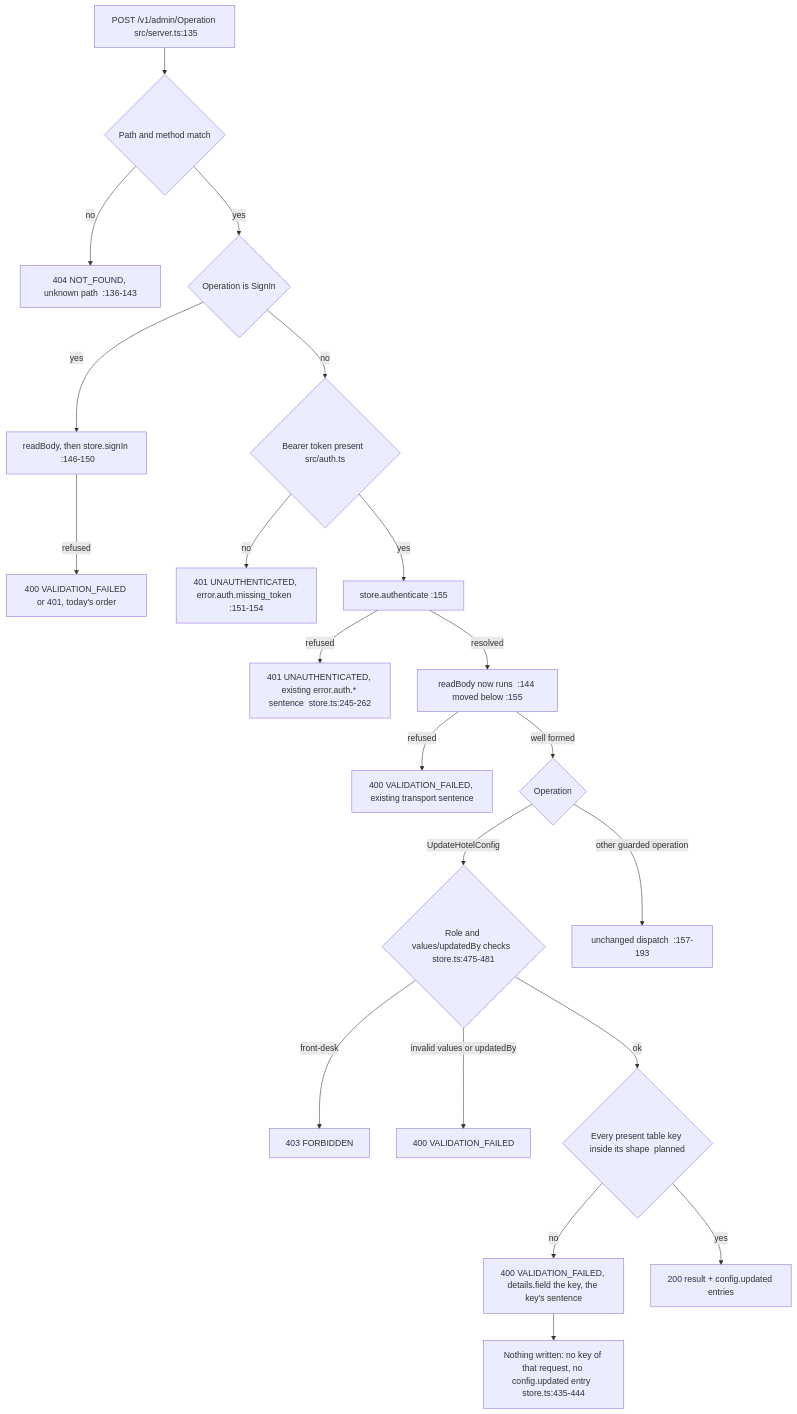
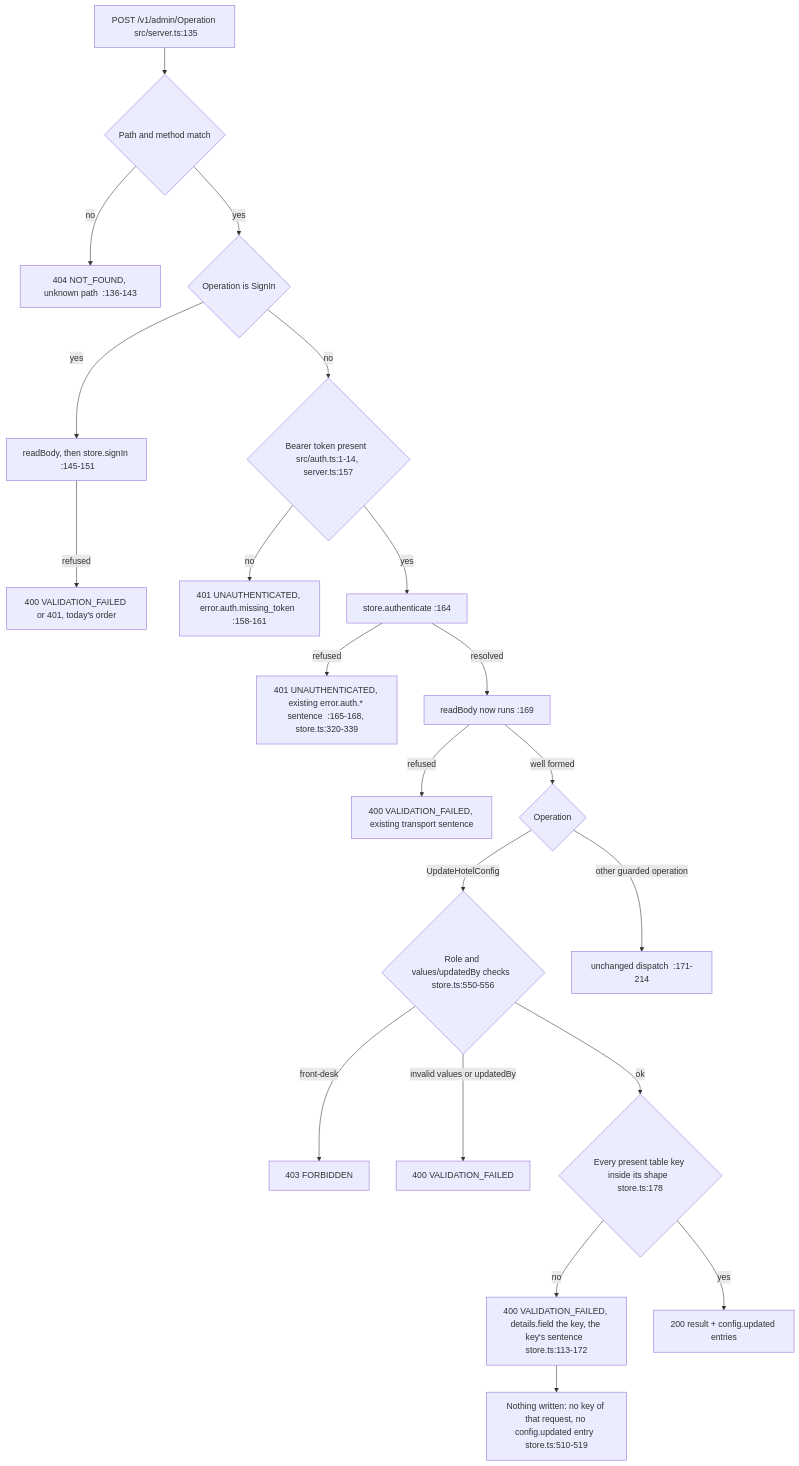
One commit to MingChen1501/hotel-mgmt changed the third of 3 diagrams in docs/architecture/services/admin.md. Above: the diagram before and after it, drawn with Mermaid. The commit also changed other lines of this file and 21 other files, not shown here.

First line of the commit message:
fix(admin): Authenticate before parsing and validate config writes (#739)

````diff
--- a/docs/architecture/services/admin.md
+++ b/docs/architecture/services/admin.md
@@ -92,23 +92,23 @@
 ```mermaid
 flowchart TD
     R[POST /v1/admin/Operation  src/server.ts:135] --> M{Path and method match}
     M -->|no| Z[404 NOT_FOUND, unknown path  :136-143]
     M -->|yes| S{Operation is SignIn}
-    S -->|yes| SB[readBody, then store.signIn  :146-150]
+    S -->|yes| SB[readBody, then store.signIn  :145-151]
     SB -->|refused| S4[400 VALIDATION_FAILED or 401, today's order]
-    S -->|no| T{Bearer token present  src/auth.ts}
-    T -->|no| N1[401 UNAUTHENTICATED, error.auth.missing_token  :151-154]
-    T -->|yes| A[store.authenticate  :155]
-    A -->|refused| N2[401 UNAUTHENTICATED, existing error.auth.* sentence  store.ts:245-262]
-    A -->|resolved| B[readBody now runs  :144 moved below :155]
+    S -->|no| T{Bearer token present  src/auth.ts:1-14, server.ts:157}
+    T -->|no| N1[401 UNAUTHENTICATED, error.auth.missing_token  :158-161]
+    T -->|yes| A[store.authenticate  :164]
+    A -->|refused| N2[401 UNAUTHENTICATED, existing error.auth.* sentence  :165-168, store.ts:320-339]
+    A -->|resolved| B[readBody now runs  :169]
     B -->|refused| B4[400 VALIDATION_FAILED, existing transport sentence]
     B -->|well formed| D{Operation}
-    D -->|UpdateHotelConfig| F{Role and values/updatedBy checks  store.ts:475-481}
+    D -->|UpdateHotelConfig| F{Role and values/updatedBy checks  store.ts:550-556}
     F -->|front-desk| F3[403 FORBIDDEN]
     F -->|invalid values or updatedBy| F4[400 VALIDATION_FAILED]
-    F -->|ok| K{Every present table key inside its shape  planned}
-    K -->|no| K4[400 VALIDATION_FAILED, details.field the key, the key's sentence]
-    K4 --> K5[Nothing written: no key of that request, no config.updated entry  store.ts:435-444]
+    F -->|ok| K{Every present table key inside its shape  store.ts:178}
+    K -->|no| K4[400 VALIDATION_FAILED, details.field the key, the key's sentence  store.ts:113-172]
+    K4 --> K5[Nothing written: no key of that request, no config.updated entry  store.ts:510-519]
     K -->|yes| W[200 result + config.updated entries]
-    D -->|other guarded operation| O[unchanged dispatch  :157-193]
+    D -->|other guarded operation| O[unchanged dispatch  :171-214]
 ```
````
